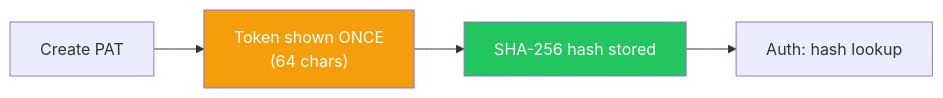
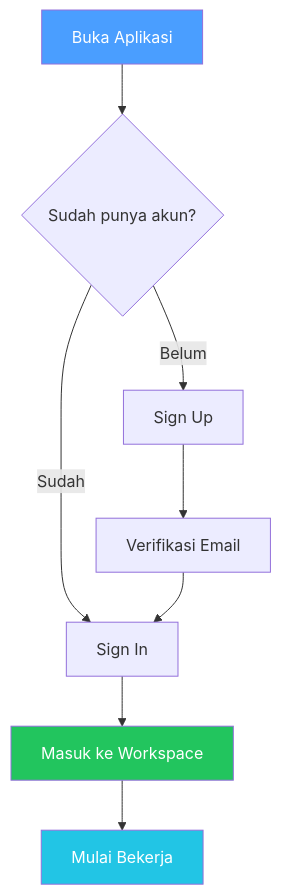
One commit to raihanachmad8/sast-integration changed the diagram in docs/site/content/getting-started/authentication.md. Above: the diagram before and after it, drawn with Mermaid. The commit also changed other lines of this file and 52 other files, not shown here.

````diff
--- a/docs/site/content/getting-started/authentication.md
+++ b/docs/site/content/getting-started/authentication.md
@@ -218,9 +22,14 @@
 ```mermaid
-graph LR
-    A["Create PAT"] --> B["Token shown ONCE<br/>(64 chars)"]
-    B --> C["SHA-256 hash stored"]
-    C --> D["Auth: hash lookup"]
+flowchart TD
+    A["Buka Aplikasi"] --> B{"Sudah punya akun?"}
+    B -->|"Belum"| C["Sign Up"]
+    B -->|"Sudah"| D["Sign In"]
+    C --> E["Verifikasi Email"]
+    E --> D
+    D --> F["Masuk ke Workspace"]
+    F --> G["Mulai Bekerja"]
 
-    style B fill:#f59e0b,color:#fff
-    style C fill:#22c55e,color:#fff
+    style A fill:#4a9eff,color:#fff
+    style F fill:#22c55e,color:#fff
+    style G fill:#22c5e5,color:#fff
 ```
````
